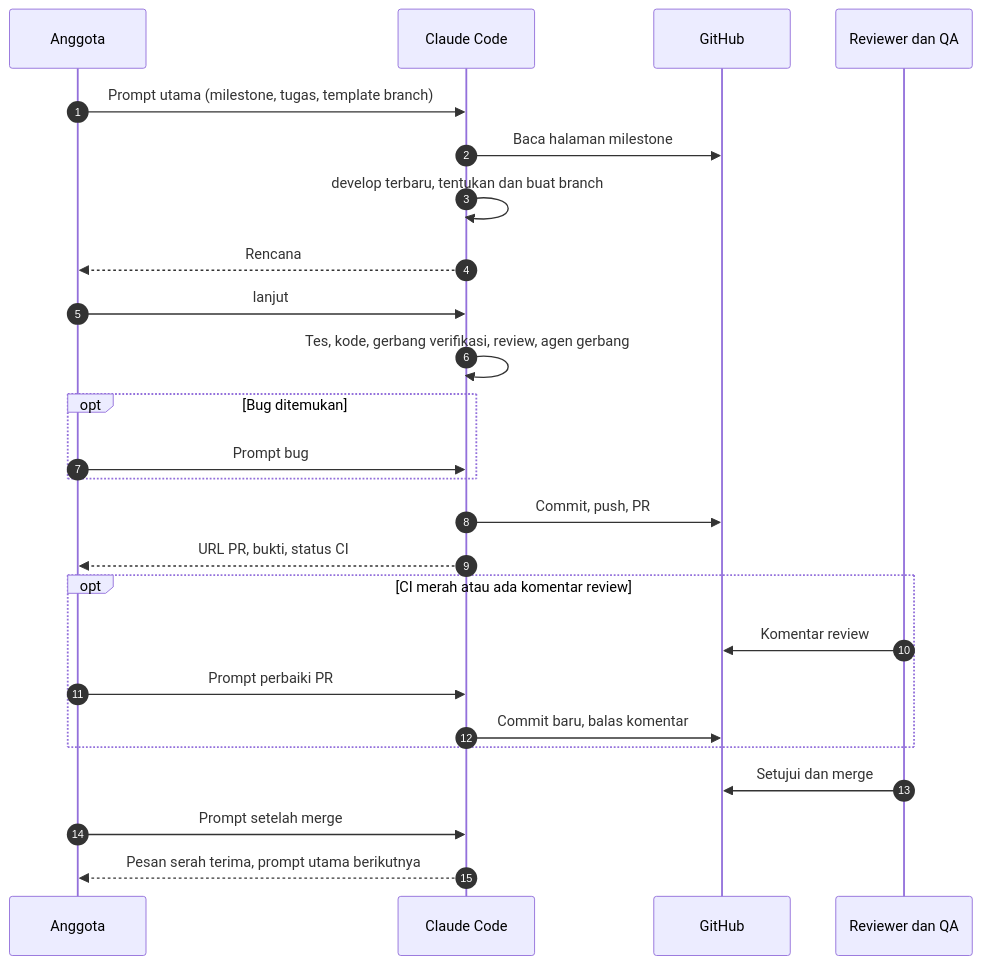
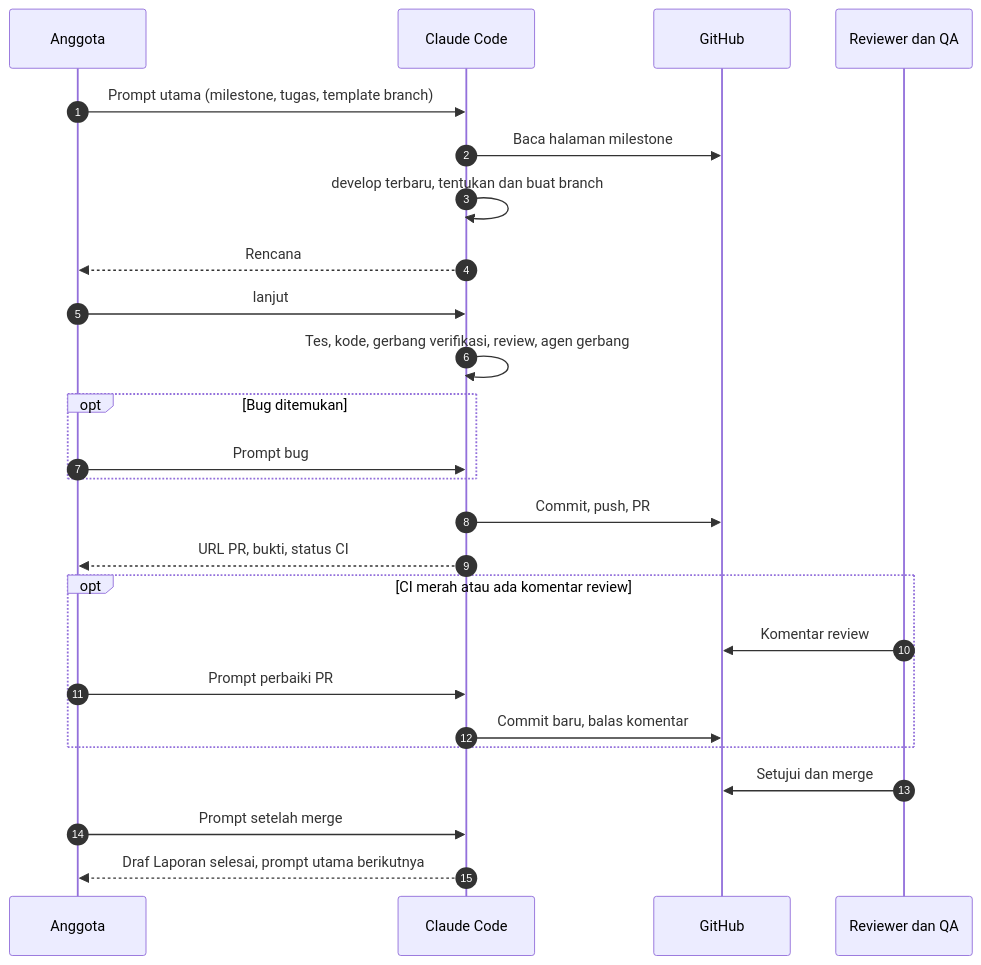
The diagram in panduan/prompt-siap-pakai.md (DraftAja/.github), drawn with Mermaid before and after one commit. The commit also changed other lines of this file and 75 other files, not shown here.

First line of the commit message:
docs(docs): kerja paralel tanpa menunggu serah terima, development dan production terpisah

````diff
--- a/panduan/prompt-siap-pakai.md
+++ b/panduan/prompt-siap-pakai.md
@@ -128,27 +136,27 @@
 ```mermaid
 sequenceDiagram
     autonumber
     participant A as Anggota
     participant C as Claude Code
     participant GH as GitHub
     participant R as Reviewer dan QA
     A->>C: Prompt utama (milestone, tugas, template branch)
     C->>GH: Baca halaman milestone
     C->>C: develop terbaru, tentukan dan buat branch
     C-->>A: Rencana
     A->>C: lanjut
     C->>C: Tes, kode, gerbang verifikasi, review, agen gerbang
     opt Bug ditemukan
         A->>C: Prompt bug
     end
     C->>GH: Commit, push, PR
     C-->>A: URL PR, bukti, status CI
     opt CI merah atau ada komentar review
         R->>GH: Komentar review
         A->>C: Prompt perbaiki PR
         C->>GH: Commit baru, balas komentar
     end
     R->>GH: Setujui dan merge
     A->>C: Prompt setelah merge
-    C-->>A: Pesan serah terima, prompt utama berikutnya
+    C-->>A: Draf Laporan selesai, prompt utama berikutnya
 ```
````
